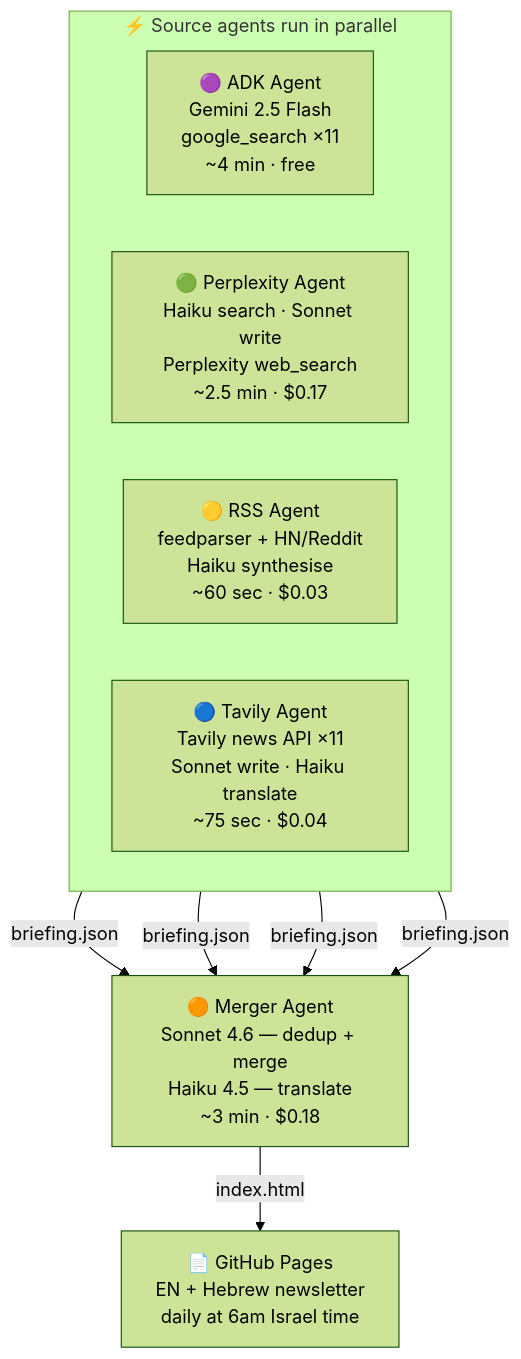
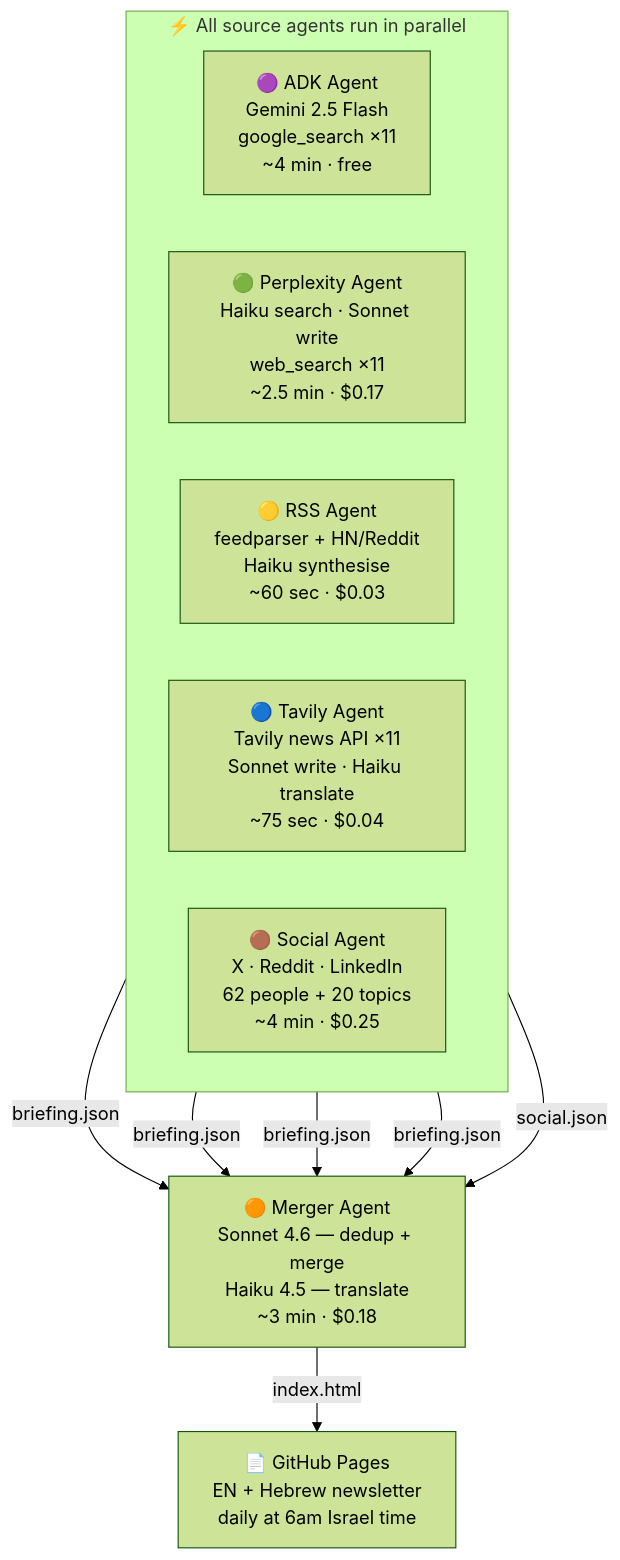
The first of 8 diagrams in README.md (kobyal/ai-news-briefing), drawn with Mermaid (forest theme) before and after one commit. The commit also changed other lines of this file, not shown here.

First line of the commit message:
docs: update README for 6-pipeline architecture (5 sources + merger)

````diff
--- a/README.md
+++ b/README.md
@@ -11,19 +11,21 @@
 ```mermaid
 flowchart TD
-    subgraph parallel["⚡ Source agents run in parallel"]
+    subgraph parallel["⚡ All source agents run in parallel"]
         direction LR
         A["🟣 ADK Agent\nGemini 2.5 Flash\ngoogle_search ×11\n~4 min · free"]
-        B["🟢 Perplexity Agent\nHaiku search · Sonnet write\nPerplexity web_search\n~2.5 min · $0.17"]
+        B["🟢 Perplexity Agent\nHaiku search · Sonnet write\nweb_search ×11\n~2.5 min · $0.17"]
         C["🟡 RSS Agent\nfeedparser + HN/Reddit\nHaiku synthesise\n~60 sec · $0.03"]
         D["🔵 Tavily Agent\nTavily news API ×11\nSonnet write · Haiku translate\n~75 sec · $0.04"]
+        E["🟤 Social Agent\nX · Reddit · LinkedIn\n62 people + 20 topics\n~4 min · $0.25"]
     end
 
     A -->|briefing.json| M
     B -->|briefing.json| M
     C -->|briefing.json| M
     D -->|briefing.json| M
+    E -->|social.json| M
 
     M["🟠 Merger Agent\nSonnet 4.6 — dedup + merge\nHaiku 4.5 — translate\n~3 min · $0.18"]
 
     M -->|index.html| P["📄 GitHub Pages\nEN + Hebrew newsletter\ndaily at 6am Israel time"]
 ```
````
